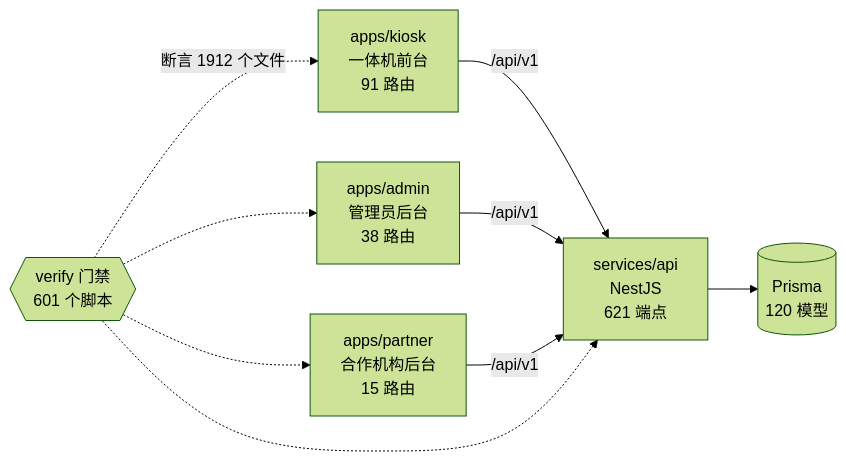
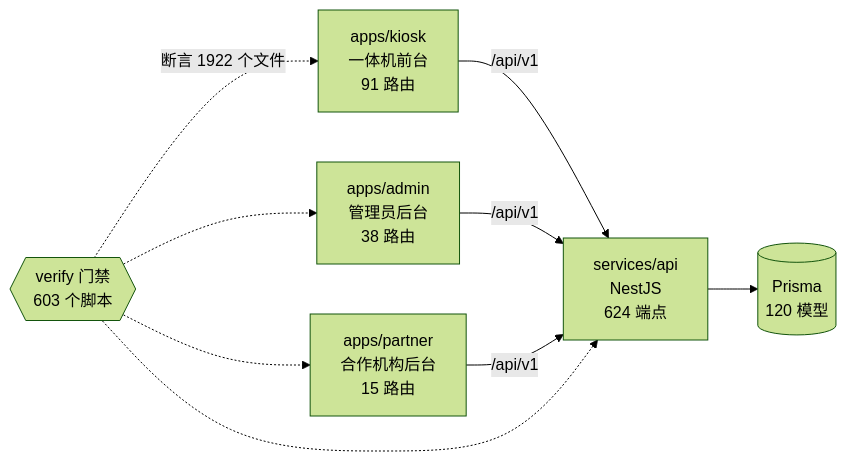
The diagram in docs/graph/README.md (wanglei581/YITIJI), drawn with Mermaid (forest theme) before and after one commit. The commit also changed other lines of this file and 4 other files, not shown here.

Commit message:
docs(graph): 并 main 后重出图谱

````diff
--- a/docs/graph/README.md
+++ b/docs/graph/README.md
@@ -68,18 +68,18 @@
 ```mermaid
 flowchart LR
   kiosk["apps/kiosk<br/>一体机前台<br/>91 路由"]
   admin["apps/admin<br/>管理员后台<br/>38 路由"]
   partner["apps/partner<br/>合作机构后台<br/>15 路由"]
-  api["services/api<br/>NestJS<br/>621 端点"]
+  api["services/api<br/>NestJS<br/>624 端点"]
   db[("Prisma<br/>120 模型")]
-  gates{{"verify 门禁<br/>601 个脚本"}}
+  gates{{"verify 门禁<br/>603 个脚本"}}
 
   kiosk -->|"/api/v1"| api
   admin -->|"/api/v1"| api
   partner -->|"/api/v1"| api
   api --> db
-  gates -.->|"断言 1912 个文件"| kiosk
+  gates -.->|"断言 1922 个文件"| kiosk
   gates -.-> admin
   gates -.-> partner
   gates -.-> api
 ```
````
